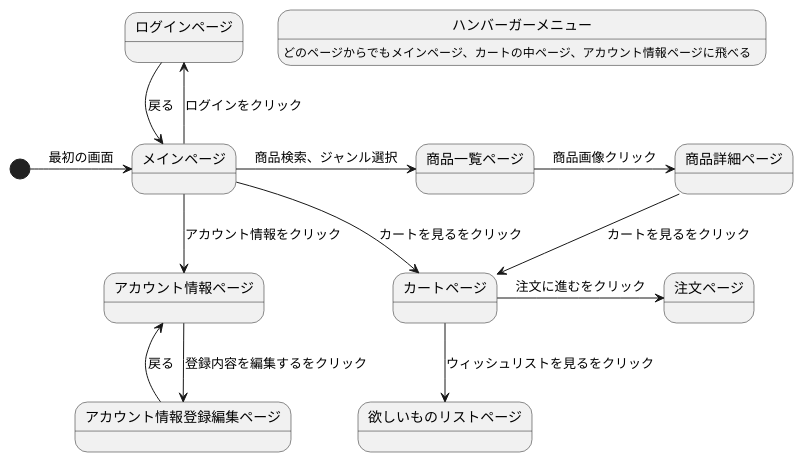
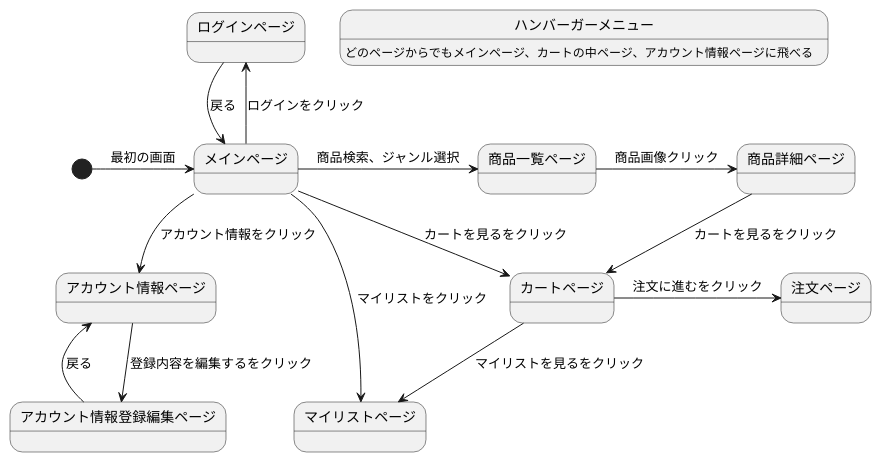
The diagram in orcashop/StateMachine.md (Aso2001385/2021sys-design), drawn with PlantUML before and after one commit.

````diff
--- a/orcashop/StateMachine.md
+++ b/orcashop/StateMachine.md
@@ -1,21 +1,21 @@
 ```uml
 @startuml
 
 [*] -> メインページ: 最初の画面
 メインページ -> 商品一覧ページ: 商品検索、ジャンル選択
 商品一覧ページ -> 商品詳細ページ: 商品画像クリック
 商品詳細ページ -down-> カートページ: カートを見るをクリック
 カートページ -> 注文ページ: 注文に進むをクリック
-カートページ -down-> 欲しいものリストページ: ウィッシュリストを見るをクリック
-
+カートページ -down-> マイリストページ: マイリストを見るをクリック
+メインページ -> マイリストページ: マイリストをクリック
 メインページ -down-> アカウント情報ページ: アカウント情報をクリック
 メインページ -> カートページ: カートを見るをクリック
 アカウント情報ページ -down-> アカウント情報登録編集ページ: 登録内容を編集するをクリック
 アカウント情報登録編集ページ -left-> アカウント情報ページ: 戻る
 メインページ -up-> ログインページ: ログインをクリック
 ログインページ -> メインページ: 戻る
 
 ハンバーガーメニュー:どのページからでもメインページ、カートの中ページ、アカウント情報ページに飛べる
 
 @enduml
 ```
````
